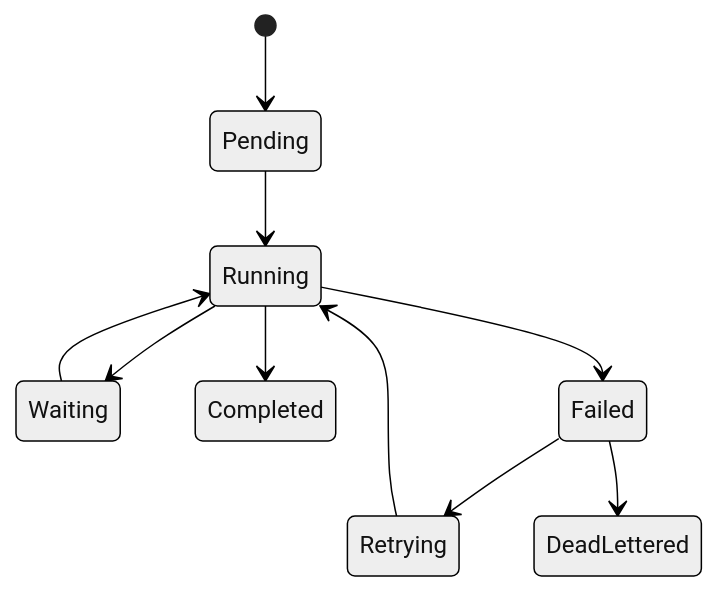
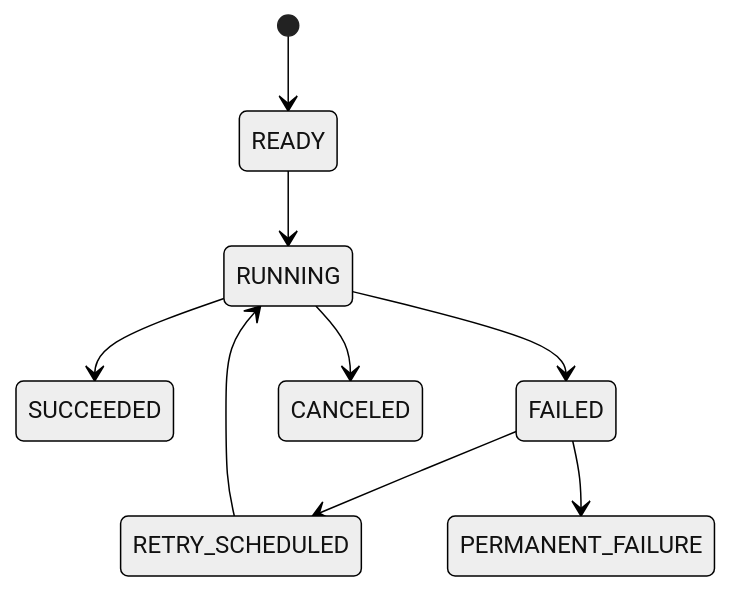
One commit to D-engahmed/OMILINKS changed the fourth of 4 diagrams in docs/domain/workflows.md. Above: the diagram before and after it, drawn with Mermaid (neutral theme). The commit also changed other lines of this file and 1 other file, not shown here.

````diff
--- a/docs/domain/workflows.md
+++ b/docs/domain/workflows.md
@@ -37,12 +125,11 @@
-```mermaid
+~~~mermaid
 stateDiagram-v2
-[*] --> Pending
-Pending --> Running
-Running --> Waiting
-Waiting --> Running
-Running --> Completed
-Running --> Failed
-Failed --> Retrying
-Retrying --> Running
-Failed --> DeadLettered
-```
+    [*] --> READY
+    READY --> RUNNING
+    RUNNING --> SUCCEEDED
+    RUNNING --> FAILED
+    FAILED --> RETRY_SCHEDULED
+    RETRY_SCHEDULED --> RUNNING
+    FAILED --> PERMANENT_FAILURE
+    RUNNING --> CANCELED
+~~~
````
